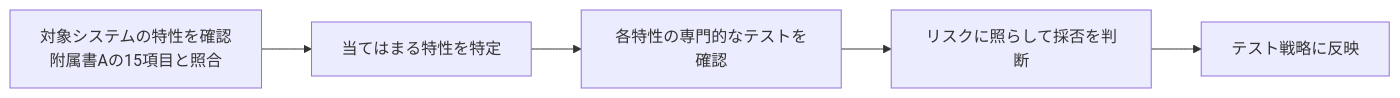
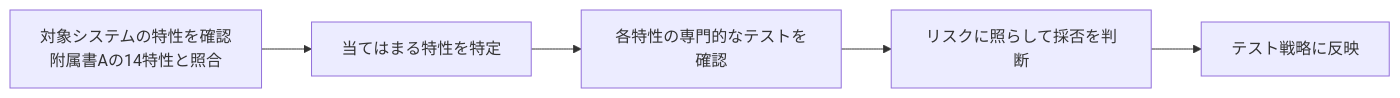
Before and after one commit to myoshi2891/Quality-Assurance-Studies: diagram 17 of 18 in Iso-29119-1-2022-guide.md, drawn with Mermaid. The commit also changed other lines of this file and 2 other files, not shown here.

````diff
--- a/Iso-29119-1-2022-guide.md
+++ b/Iso-29119-1-2022-guide.md
@@ -694,7 +694,7 @@
 ```mermaid
 flowchart LR
-    SC1["対象システムの特性を確認<br/>附属書Aの15項目と照合"] --> SC2["当てはまる特性を特定"]
+    SC1["対象システムの特性を確認<br/>附属書Aの14特性と照合"] --> SC2["当てはまる特性を特定"]
     SC2 --> SC3["各特性の専門的なテストを確認"]
     SC3 --> SC4["リスクに照らして採否を判断"]
     SC4 --> SC5["テスト戦略に反映"]
 ```
````
